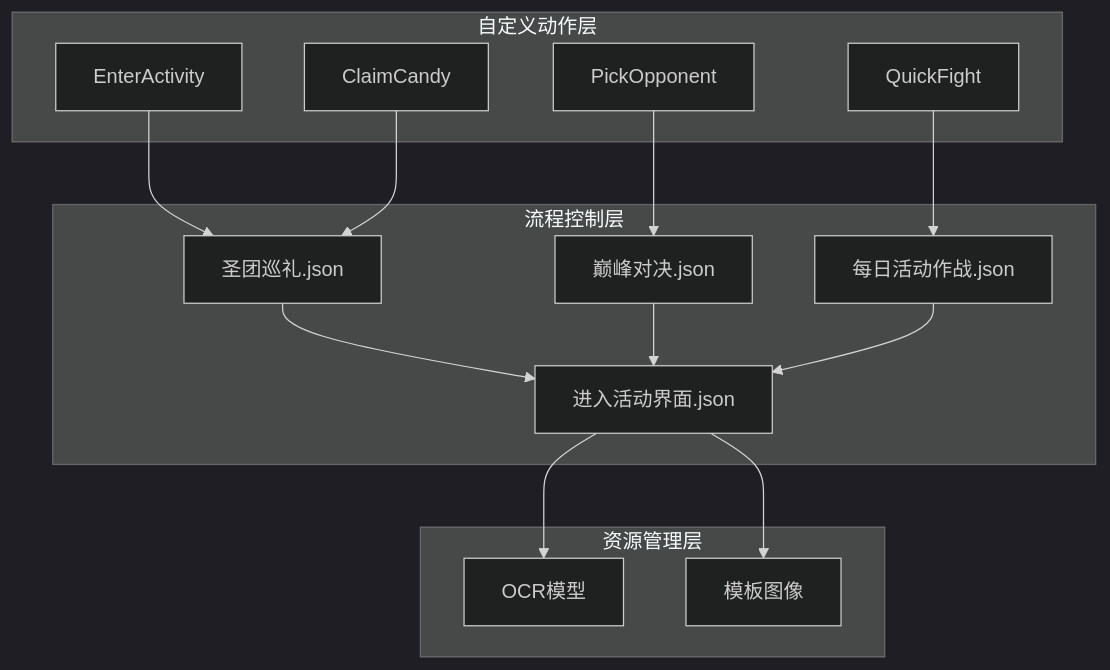
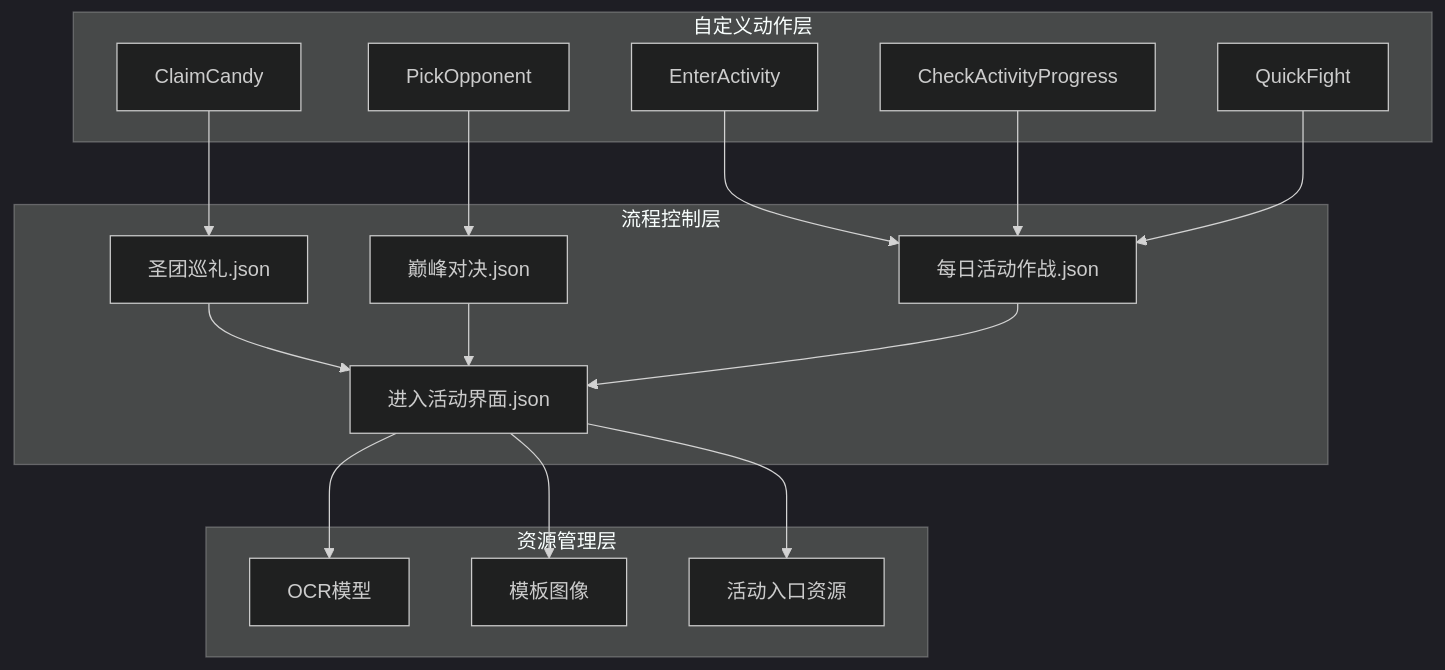
One commit to kqcoxn/MaaDuDuL changed the first of 7 diagrams in .qoder/repowiki/zh/content/核心功能详解/特殊活动功能.md. Above: the diagram before and after it, drawn with Mermaid (dark theme). The commit also changed other lines of this file and 12 other files, not shown here.

````diff
--- a/.qoder/repowiki/zh/content/核心功能详解/特殊活动功能.md
+++ b/.qoder/repowiki/zh/content/核心功能详解/特殊活动功能.md
@@ -44,28 +45,32 @@
 ```mermaid
 graph TD
 subgraph "自定义动作层"
 A[EnterActivity]
 B[ClaimCandy]
 C[PickOpponent]
-D[QuickFight]
+D[CheckActivityProgress]
+E[QuickFight]
 end
 subgraph "流程控制层"
-E[圣团巡礼.json]
-F[巅峰对决.json]
-G[每日活动作战.json]
-H[进入活动界面.json]
+F[圣团巡礼.json]
+G[巅峰对决.json]
+H[每日活动作战.json]
+I[进入活动界面.json]
 end
 subgraph "资源管理层"
-I[OCR模型]
-J[模板图像]
+J[OCR模型]
+K[模板图像]
+L[活动入口资源]
 end
-A --> E
-B --> E
-C --> F
-D --> G
+A --> H
+B --> F
+C --> G
+D --> H
 E --> H
-F --> H
-G --> H
+F --> I
+G --> I
 H --> I
-H --> J
+I --> J
+I --> K
+I --> L
 ```
````
